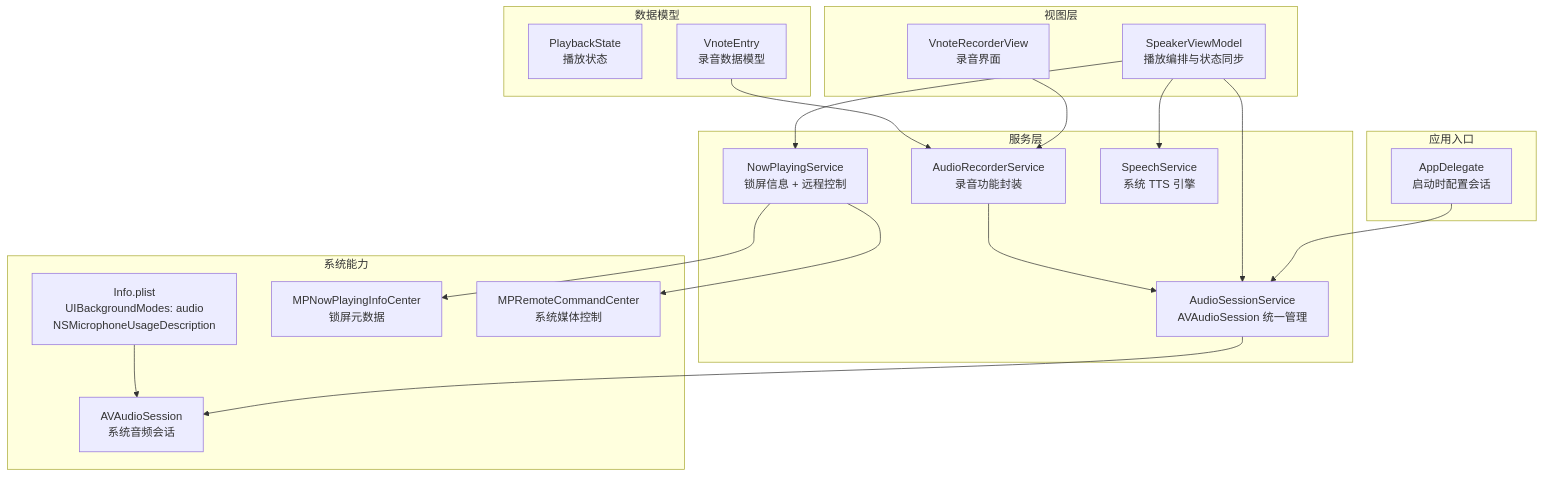
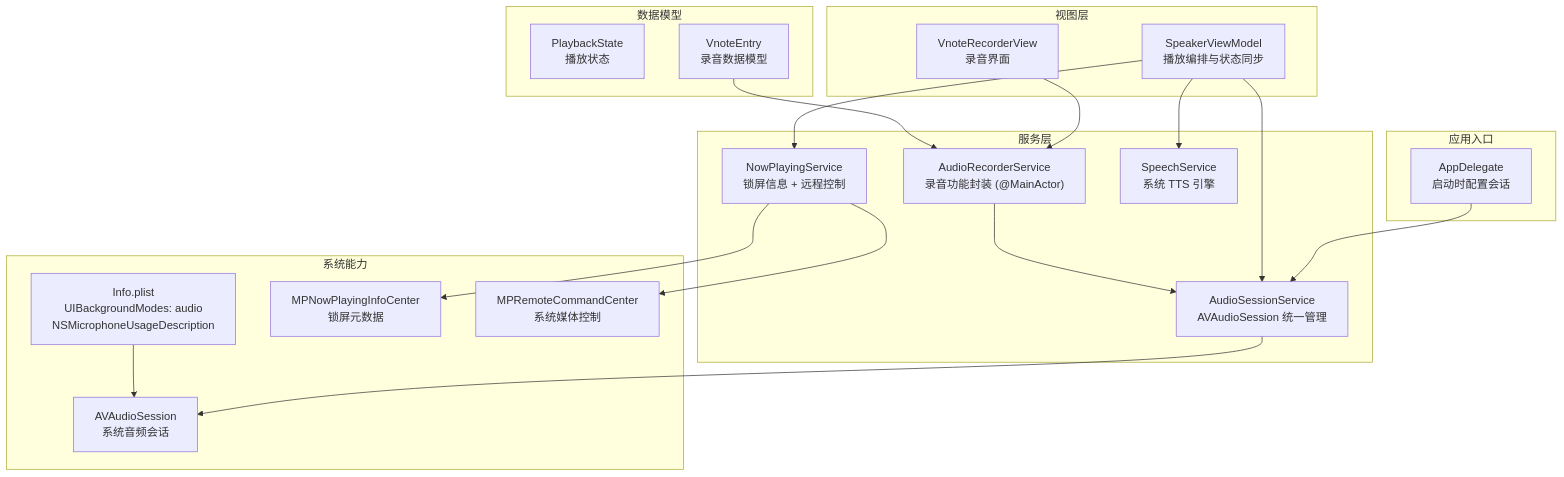
One commit to Primoguo/Knowledge changed the first of 12 diagrams in .qoder/repowiki/zh/content/系统集成/音频会话管理.md. Above: the diagram before and after it, drawn with Mermaid. The commit also changed other lines of this file and 15 other files, not shown here.

````diff
--- a/.qoder/repowiki/zh/content/系统集成/音频会话管理.md
+++ b/.qoder/repowiki/zh/content/系统集成/音频会话管理.md
@@ -53,37 +54,37 @@
 ```mermaid
 graph TB
 subgraph "应用入口"
 AppDelegate["AppDelegate<br/>启动时配置会话"]
 end
 subgraph "服务层"
 AudioSession["AudioSessionService<br/>AVAudioSession 统一管理"]
-AudioRecorder["AudioRecorderService<br/>录音功能封装"]
+AudioRecorder["AudioRecorderService<br/>录音功能封装 (@MainActor)"]
 NowPlaying["NowPlayingService<br/>锁屏信息 + 远程控制"]
 Speech["SpeechService<br/>系统 TTS 引擎"]
 end
 subgraph "视图层"
 SpeakerVM["SpeakerViewModel<br/>播放编排与状态同步"]
 VnoteRecorder["VnoteRecorderView<br/>录音界面"]
 end
 subgraph "数据模型"
 PlaybackState["PlaybackState<br/>播放状态"]
 VnoteEntry["VnoteEntry<br/>录音数据模型"]
 end
 subgraph "系统能力"
 InfoPlist["Info.plist<br/>UIBackgroundModes: audio<br/>NSMicrophoneUsageDescription"]
 AVAudioSession["AVAudioSession<br/>系统音频会话"]
 MPNowPlaying["MPNowPlayingInfoCenter<br/>锁屏元数据"]
 MPCommands["MPRemoteCommandCenter<br/>系统媒体控制"]
 end
 AppDelegate --> AudioSession
 SpeakerVM --> AudioSession
 SpeakerVM --> NowPlaying
 SpeakerVM --> Speech
 VnoteRecorder --> AudioRecorder
 AudioRecorder --> AudioSession
 AudioSession --> AVAudioSession
 NowPlaying --> MPNowPlaying
 NowPlaying --> MPCommands
 InfoPlist --> AVAudioSession
 VnoteEntry --> AudioRecorder
 ```
````
